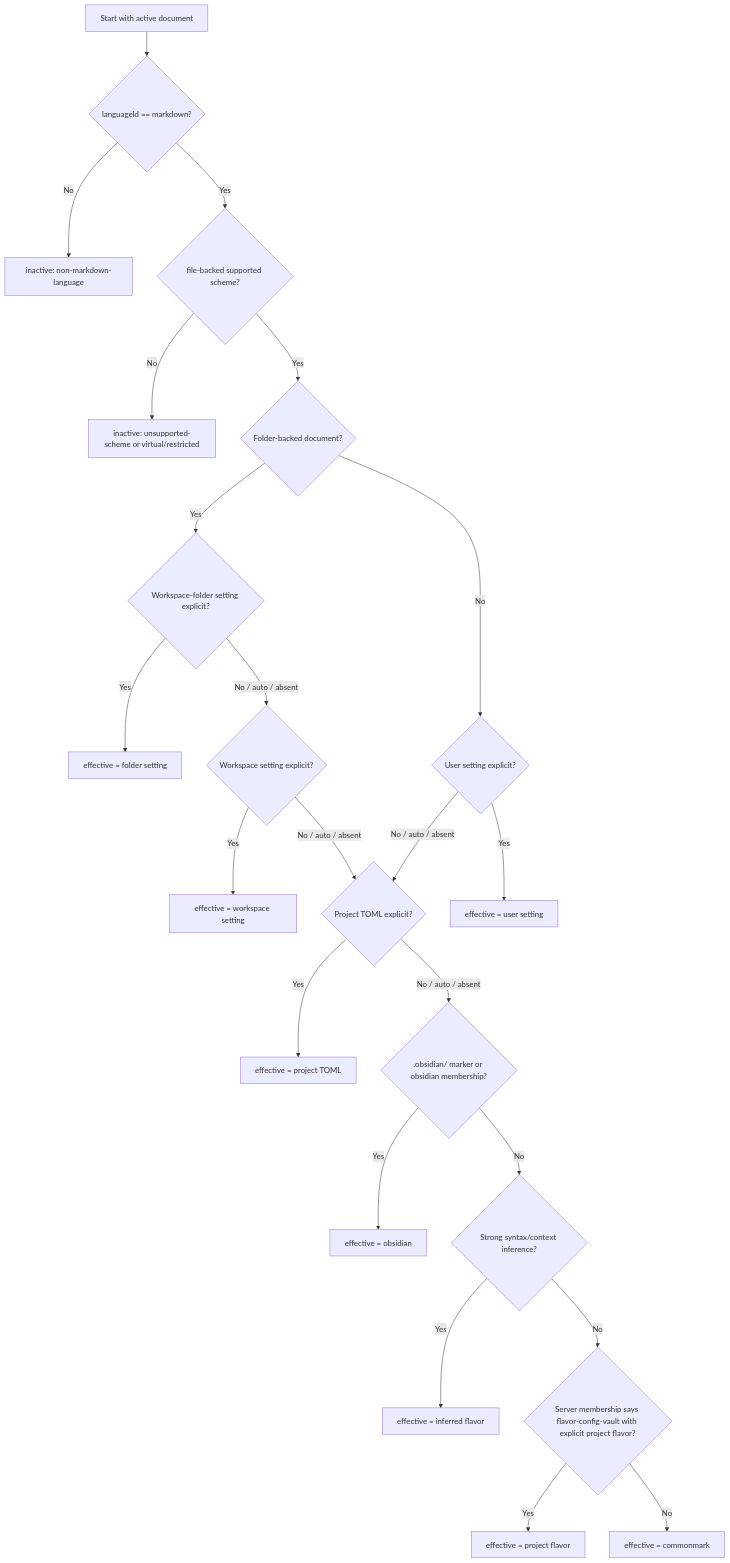
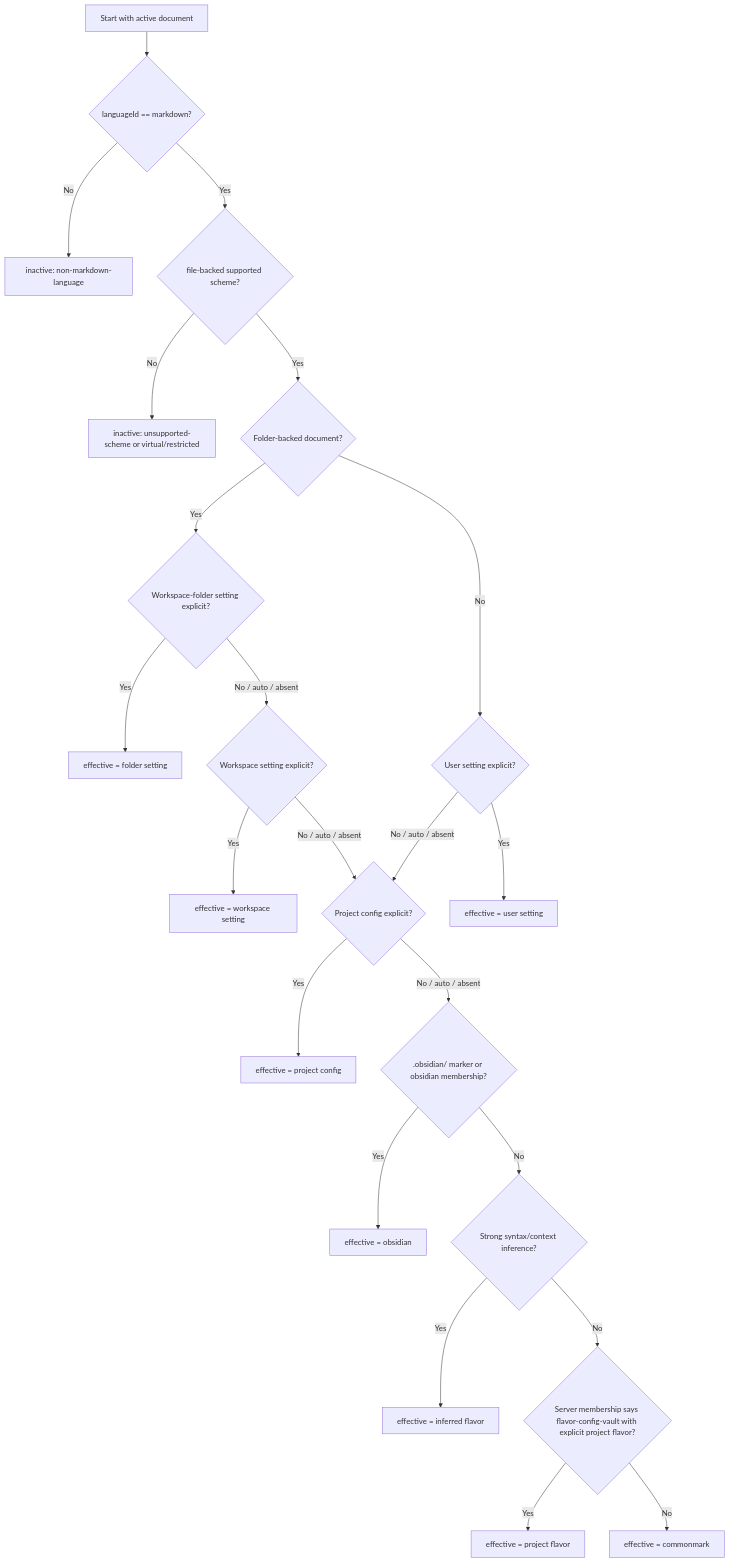
Before and after one commit to alisonaquinas/flavor-grenade-lsp: the diagram in docs/design/markdown-flavor-auto-detection.md, drawn with Mermaid. The commit also changed other lines of this file and 59 other files, not shown here.

Commit message:
feat: support multi-format project markdown config

````diff
--- a/docs/design/markdown-flavor-auto-detection.md
+++ b/docs/design/markdown-flavor-auto-detection.md
@@ -169,24 +174,24 @@
 ```mermaid
 flowchart TD
   A["Start with active document"] --> B{"languageId == markdown?"}
   B -- "No" --> Z1["inactive: non-markdown-language"]
   B -- "Yes" --> C{"file-backed supported scheme?"}
   C -- "No" --> Z2["inactive: unsupported-scheme or virtual/restricted"]
   C -- "Yes" --> D{"Folder-backed document?"}
   D -- "Yes" --> E{"Workspace-folder setting explicit?"}
   E -- "Yes" --> R1["effective = folder setting"]
   E -- "No / auto / absent" --> F{"Workspace setting explicit?"}
   F -- "Yes" --> R2["effective = workspace setting"]
-  F -- "No / auto / absent" --> G{"Project TOML explicit?"}
+  F -- "No / auto / absent" --> G{"Project config explicit?"}
   D -- "No" --> H{"User setting explicit?"}
   H -- "Yes" --> R3["effective = user setting"]
   H -- "No / auto / absent" --> G
-  G -- "Yes" --> R4["effective = project TOML"]
+  G -- "Yes" --> R4["effective = project config"]
   G -- "No / auto / absent" --> I{".obsidian/ marker or obsidian membership?"}
   I -- "Yes" --> R5["effective = obsidian"]
   I -- "No" --> K{"Strong syntax/context inference?"}
   K -- "Yes" --> R6["effective = inferred flavor"]
   K -- "No" --> J{"Server membership says flavor-config-vault with explicit project flavor?"}
   J -- "Yes" --> R7["effective = project flavor"]
   J -- "No" --> R8["effective = commonmark"]
 ```
````
